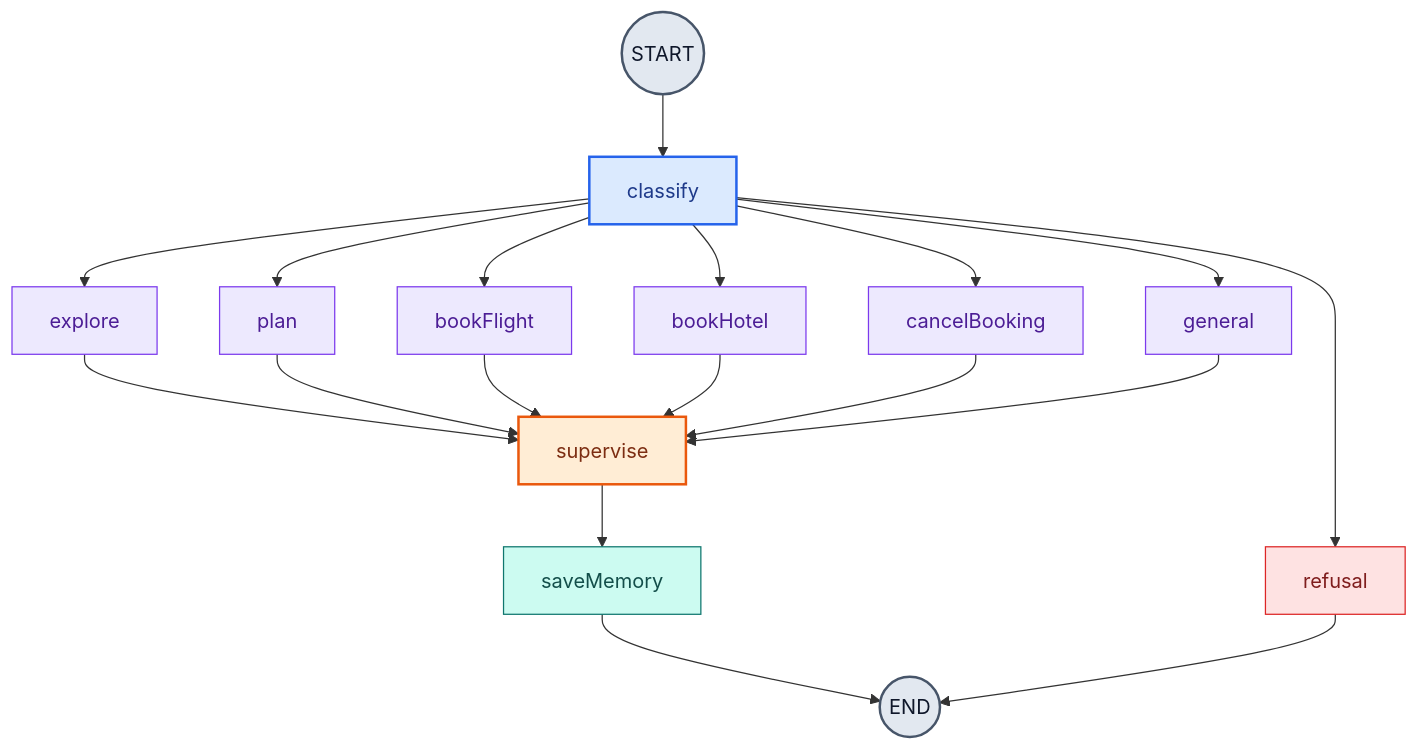
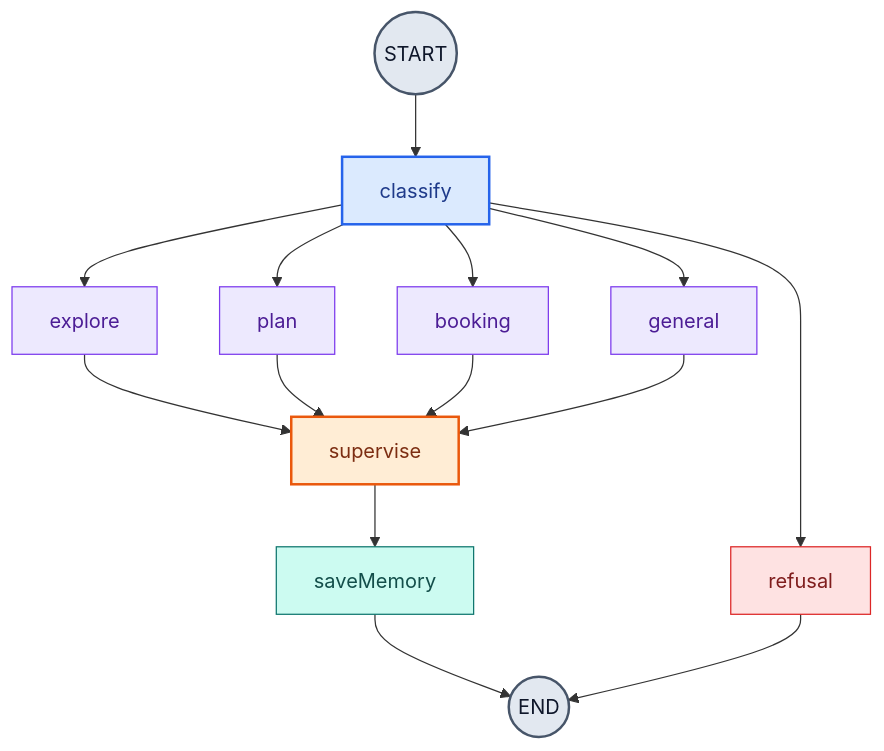
One commit to nguyentrathao-agilityio/travel-assistant changed the diagram in README.md. Above: the diagram before and after it, drawn with Mermaid. The commit also changed other lines of this file and 28 other files, not shown here.

Commit message:
feat: refactor booking agent structure

````diff
--- a/README.md
+++ b/README.md
@@ -16,23 +16,23 @@
 ```mermaid
 flowchart TD
     START((START)) --> classify
-    classify --> explore & plan & bookFlight & bookHotel & cancelBooking & general
+    classify --> explore & plan & booking & general
     classify --> refusal
-    explore & plan & bookFlight & bookHotel & cancelBooking & general --> supervise
+    explore & plan & booking & general --> supervise
     supervise --> saveMemory --> END((END))
     refusal --> END
 
     classDef boundary fill:#e2e8f0,stroke:#475569,color:#0f172a,stroke-width:2px
     classDef routing fill:#dbeafe,stroke:#2563eb,color:#1e3a8a,stroke-width:2px
     classDef agent fill:#ede9fe,stroke:#7c3aed,color:#4c1d95
     classDef control fill:#ffedd5,stroke:#ea580c,color:#7c2d12,stroke-width:2px
     classDef persistence fill:#ccfbf1,stroke:#0f766e,color:#134e4a
     classDef danger fill:#fee2e2,stroke:#dc2626,color:#7f1d1d
 
     class START,END boundary
     class classify routing
-    class explore,plan,bookFlight,bookHotel,cancelBooking,general agent
+    class explore,plan,booking,general agent
     class supervise control
     class saveMemory persistence
     class refusal danger
 ```
````
